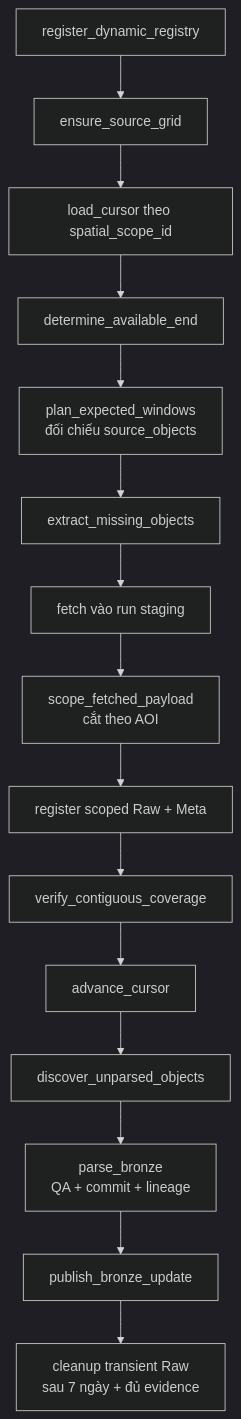
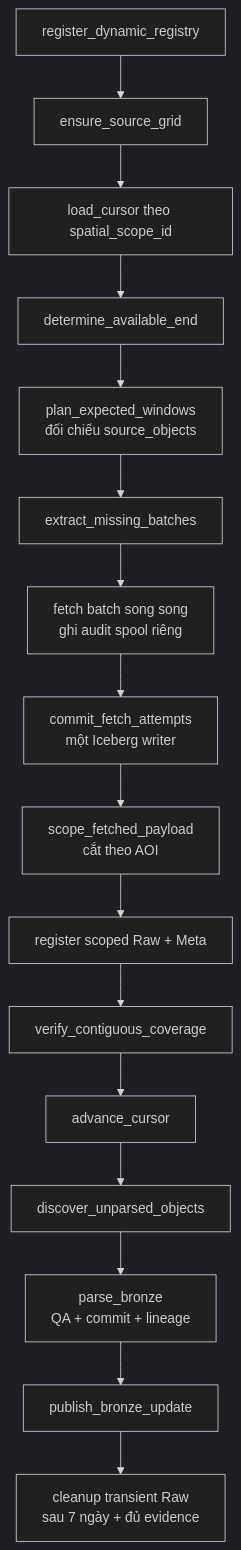
Before and after one commit to cloud-vmih/flood-lake-kg: the fifth of 5 diagrams in docs/pipeline_architecture_and_roadmap.md, drawn with Mermaid (dark theme). The commit also changed other lines of this file and 25 other files, not shown here.

````diff
--- a/docs/pipeline_architecture_and_roadmap.md
+++ b/docs/pipeline_architecture_and_roadmap.md
@@ -509,17 +509,18 @@
 ```mermaid
 flowchart TD
   R["register_dynamic_registry"] --> SG["ensure_source_grid"]
   SG --> A["load_cursor theo spatial_scope_id"]
   A --> B["determine_available_end"]
   B --> C["plan_expected_windows<br/>đối chiếu source_objects"]
-  C --> D["extract_missing_objects"]
-  D --> E["fetch vào run staging"]
-  E --> S["scope_fetched_payload<br/>cắt theo AOI"]
+  C --> D["extract_missing_batches"]
+  D --> E["fetch batch song song<br/>ghi audit spool riêng"]
+  E --> EA["commit_fetch_attempts<br/>một Iceberg writer"]
+  EA --> S["scope_fetched_payload<br/>cắt theo AOI"]
   S --> F["register scoped Raw + Meta"]
   F --> G["verify_contiguous_coverage"]
   G --> H["advance_cursor"]
   H --> I["discover_unparsed_objects"]
   I --> J["parse_bronze<br/>QA + commit + lineage"]
   J --> K["publish_bronze_update"]
   K --> X["cleanup transient Raw<br/>sau 7 ngày + đủ evidence"]
 ```
````
